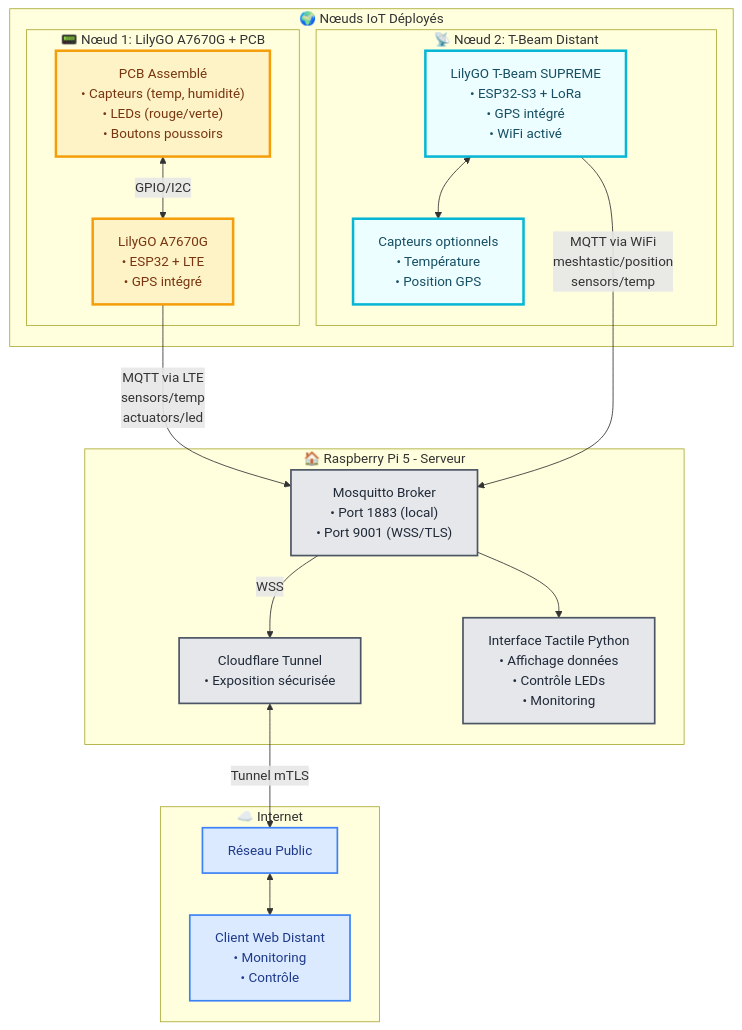
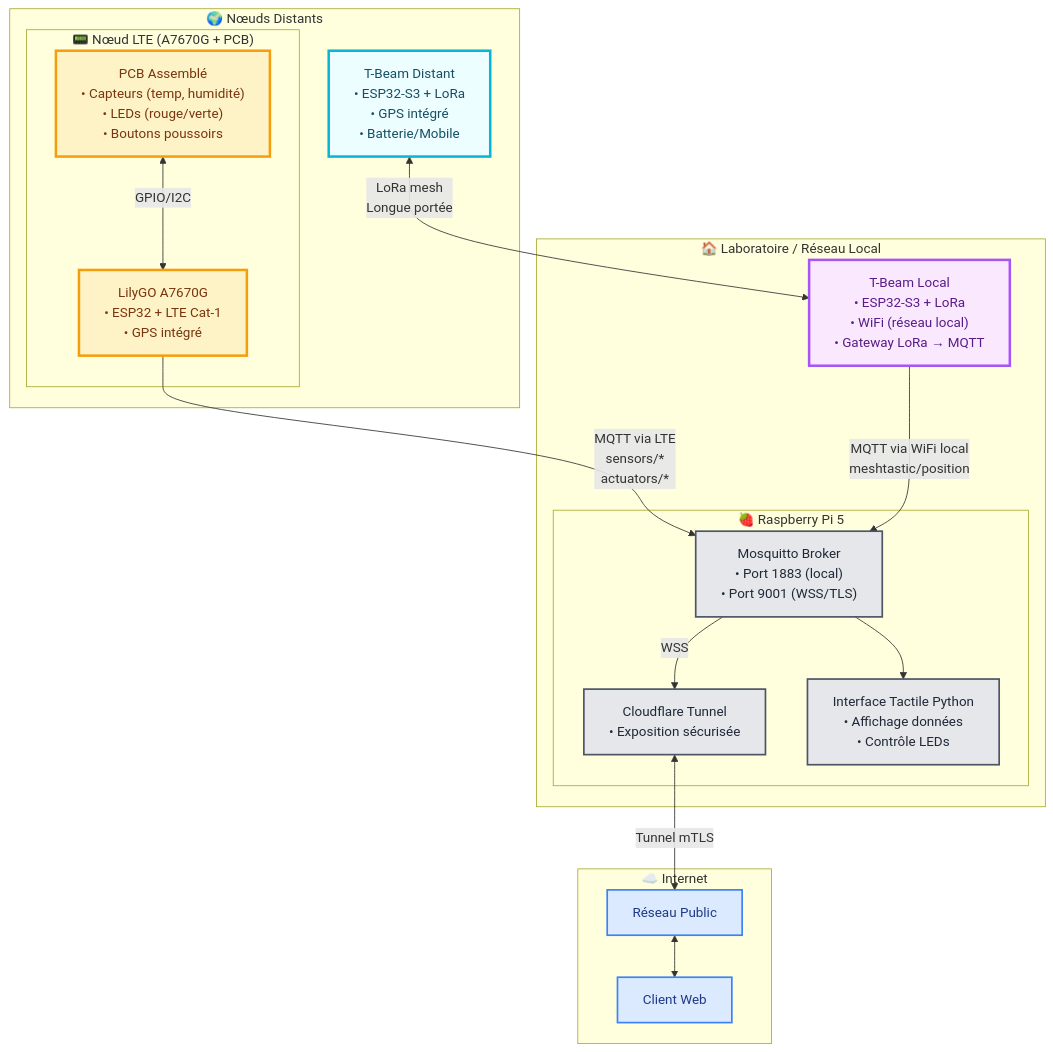
Before and after one commit to fpoisson2/243-4J5-LI: the first of 3 diagrams in architecture-finale-projet.md, drawn with Mermaid. The commit also changed other lines of this file, not shown here.

````diff
--- a/architecture-finale-projet.md
+++ b/architecture-finale-projet.md
@@ -8,57 +8,57 @@
 ```mermaid
 graph TB
-    subgraph Zone_Deployment["🌍 Nœuds IoT Déployés"]
-        subgraph Device1["📟 Nœud 1: LilyGO A7670G + PCB"]
+    subgraph Zone_Remote["🌍 Nœuds Distants"]
+        subgraph Device_LTE["📟 Nœud LTE (A7670G + PCB)"]
             PCB["PCB Assemblé<br/>• Capteurs (temp, humidité)<br/>• LEDs (rouge/verte)<br/>• Boutons poussoirs"]
 
-            A7670G["LilyGO A7670G<br/>• ESP32 + LTE<br/>• GPS intégré"]
+            A7670G["LilyGO A7670G<br/>• ESP32 + LTE Cat-1<br/>• GPS intégré"]
 
             PCB <-->|GPIO/I2C| A7670G
         end
 
-        subgraph Device2["📡 Nœud 2: T-Beam Distant"]
-            TBeam["LilyGO T-Beam SUPREME<br/>• ESP32-S3 + LoRa<br/>• GPS intégré<br/>• WiFi activé"]
-
-            SensorLora["Capteurs optionnels<br/>• Température<br/>• Position GPS"]
-
-            TBeam <--> SensorLora
-        end
+        TBeam_Distant["T-Beam Distant<br/>• ESP32-S3 + LoRa<br/>• GPS intégré<br/>• Batterie/Mobile"]
     end
 
-    subgraph Zone_Lab["🏠 Raspberry Pi 5 - Serveur"]
-        Mosquitto["Mosquitto Broker<br/>• Port 1883 (local)<br/>• Port 9001 (WSS/TLS)"]
+    subgraph Zone_Lab["🏠 Laboratoire / Réseau Local"]
+        subgraph RaspberryPi["🍓 Raspberry Pi 5"]
+            Mosquitto["Mosquitto Broker<br/>• Port 1883 (local)<br/>• Port 9001 (WSS/TLS)"]
 
-        CloudflareTunnel["Cloudflare Tunnel<br/>• Exposition sécurisée"]
+            CloudflareTunnel["Cloudflare Tunnel<br/>• Exposition sécurisée"]
 
-        InterfaceTactile["Interface Tactile Python<br/>• Affichage données<br/>• Contrôle LEDs<br/>• Monitoring"]
+            InterfaceTactile["Interface Tactile Python<br/>• Affichage données<br/>• Contrôle LEDs"]
 
-        Mosquitto --> InterfaceTactile
+            Mosquitto --> InterfaceTactile
+        end
+
+        TBeam_Local["T-Beam Local<br/>• ESP32-S3 + LoRa<br/>• WiFi (réseau local)<br/>• Gateway LoRa → MQTT"]
     end
 
     subgraph Zone_Internet["☁️ Internet"]
         Internet["Réseau Public"]
-
-        ClientDistant["Client Web Distant<br/>• Monitoring<br/>• Contrôle"]
+        ClientDistant["Client Web"]
     end
 
     %% Flux de communication
-    A7670G -->|"MQTT via LTE<br/>sensors/temp<br/>actuators/led"| Mosquitto
+    A7670G -->|"MQTT via LTE<br/>sensors/*<br/>actuators/*"| Mosquitto
 
-    TBeam -->|"MQTT via WiFi<br/>meshtastic/position<br/>sensors/temp"| Mosquitto
+    TBeam_Distant <-->|"LoRa mesh<br/>Longue portée"| TBeam_Local
+
+    TBeam_Local -->|"MQTT via WiFi local<br/>meshtastic/position"| Mosquitto
 
     CloudflareTunnel <-->|Tunnel mTLS| Internet
     Mosquitto -->|WSS| CloudflareTunnel
-
     Internet <--> ClientDistant
 
     %% Styles
-    classDef device fill:#fef3c7,stroke:#f59e0b,stroke-width:3px,color:#78350f
-    classDef lora fill:#ecfeff,stroke:#06b6d4,stroke-width:3px,color:#164e63
+    classDef lte fill:#fef3c7,stroke:#f59e0b,stroke-width:3px,color:#78350f
+    classDef lora_remote fill:#ecfeff,stroke:#06b6d4,stroke-width:3px,color:#164e63
+    classDef lora_local fill:#fae8ff,stroke:#a855f7,stroke-width:3px,color:#581c87
     classDef infra fill:#e5e7eb,stroke:#4b5563,stroke-width:2px,color:#1f2937
     classDef cloud fill:#dbeafe,stroke:#3b82f6,stroke-width:2px,color:#1e3a8a
 
-    class PCB,A7670G device
-    class TBeam,SensorLora lora
+    class PCB,A7670G lte
+    class TBeam_Distant lora_remote
+    class TBeam_Local lora_local
     class Mosquitto,CloudflareTunnel,InterfaceTactile infra
     class Internet,ClientDistant cloud
 ```
````
